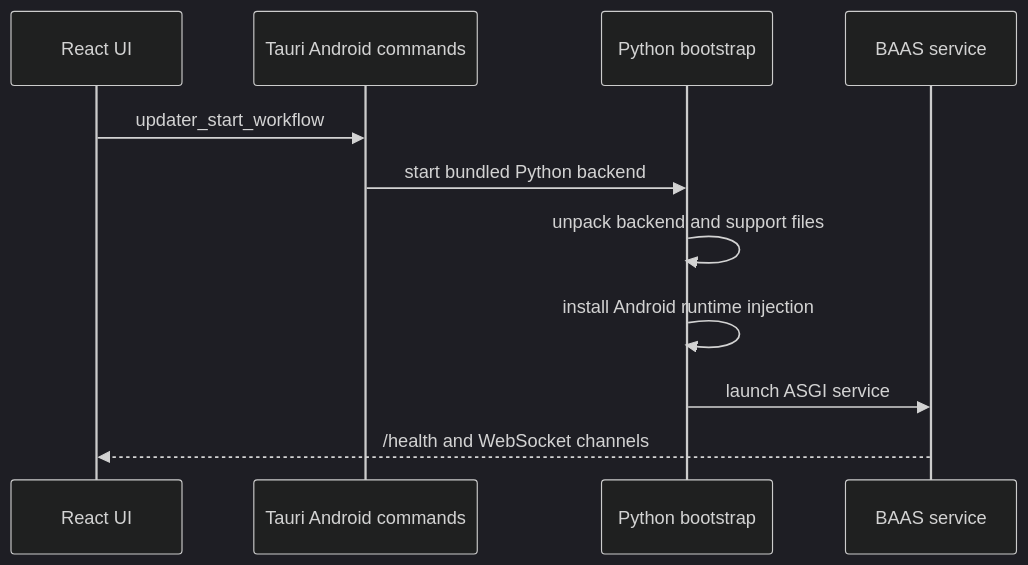
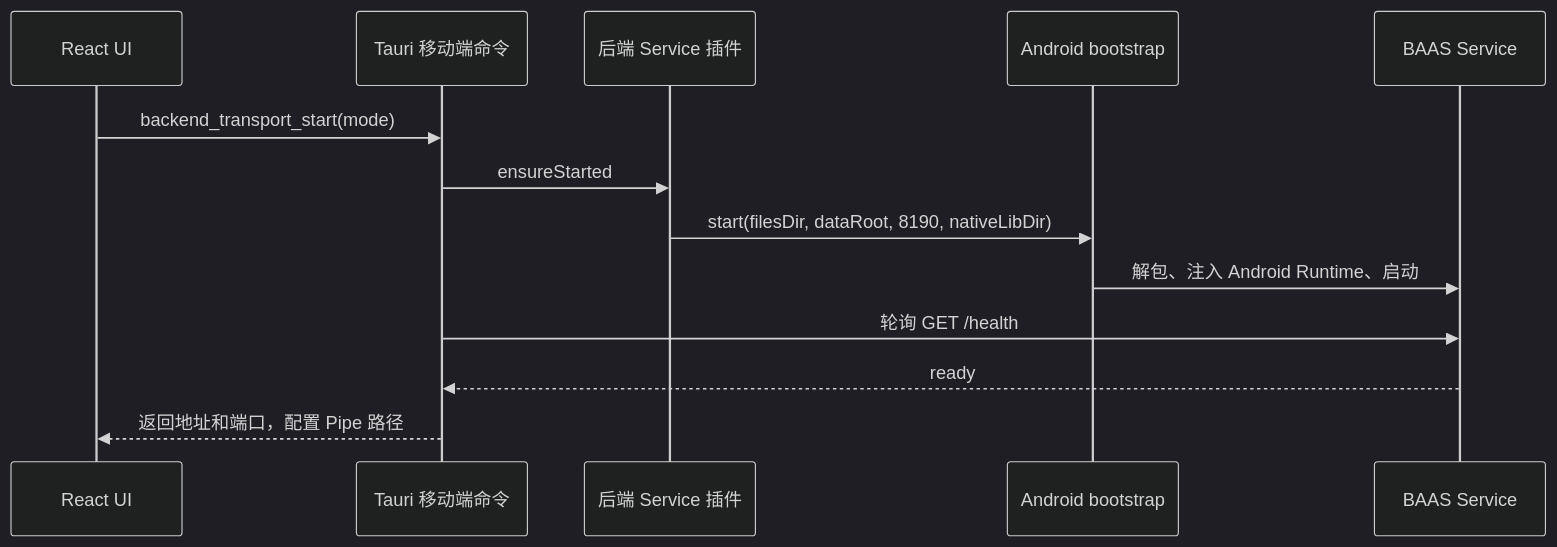
Before and after one commit to Kiramei/baas-tauri: the diagram in docs/content/docs/zh/api/android-runtime.mdx, drawn with Mermaid (dark theme). The commit also changed other lines of this file and 16 other files, not shown here.

````diff
--- a/docs/content/docs/zh/api/android-runtime.mdx
+++ b/docs/content/docs/zh/api/android-runtime.mdx
@@ -10,13 +10,15 @@
 ```mermaid
 sequenceDiagram
   participant UI as React UI
-  participant Rust as Tauri Android commands
-  participant Boot as Python bootstrap
-  participant Svc as BAAS service
-  UI->>Rust: updater_start_workflow
-  Rust->>Boot: start bundled Python backend
-  Boot->>Boot: unpack backend and support files
-  Boot->>Boot: install Android runtime injection
-  Boot->>Svc: launch ASGI service
-  Svc-->>UI: /health and WebSocket channels
+  participant Rust as Tauri 移动端命令
+  participant Kotlin as 后端 Service 插件
+  participant Python as Android bootstrap
+  participant Service as BAAS Service
+  UI->>Rust: backend_transport_start(mode)
+  Rust->>Kotlin: ensureStarted
+  Kotlin->>Python: start(filesDir, dataRoot, 8190, nativeLibDir)
+  Python->>Service: 解包、注入 Android Runtime、启动
+  Rust->>Service: 轮询 GET /health
+  Service-->>Rust: ready
+  Rust-->>UI: 返回地址和端口，配置 Pipe 路径
 ```
````
